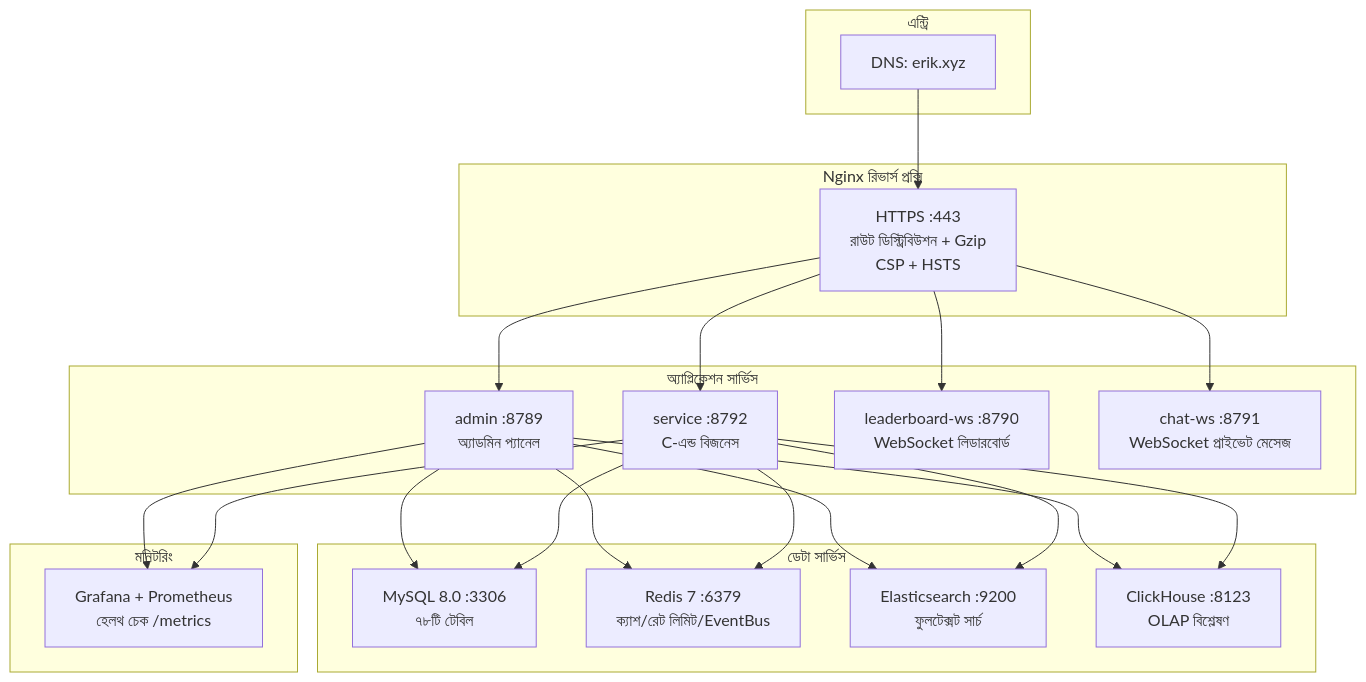
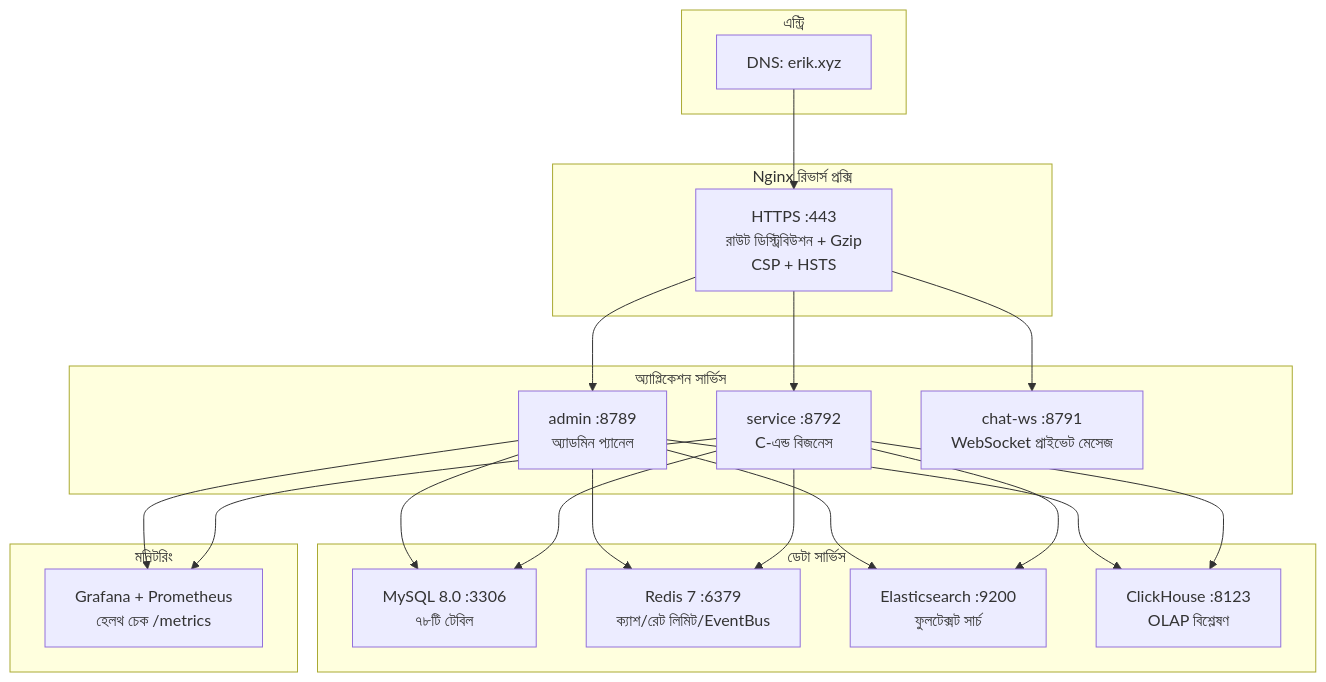
One commit to erikwang2013/game-platform-php changed the diagram in admin/docs/diagrams/12-deployment.bn.md. Above: the diagram before and after it, drawn with Mermaid. The commit also changed 710 other files, not shown here.

````diff
--- a/admin/docs/diagrams/12-deployment.bn.md
+++ b/admin/docs/diagrams/12-deployment.bn.md
@@ -7,33 +7,32 @@
 ```mermaid
 flowchart TB
     subgraph "এন্ট্রি"
         DNS["DNS: erik.xyz"]
     end
 
     subgraph "Nginx রিভার্স প্রক্সি"
         NGX["HTTPS :443<br/>রাউট ডিস্ট্রিবিউশন + Gzip<br/>CSP + HSTS"]
     end
 
     subgraph "অ্যাপ্লিকেশন সার্ভিস"
         ADM["admin :8789<br/>অ্যাডমিন প্যানেল"]
         SVC["service :8792<br/>C-এন্ড বিজনেস"]
-        LB["leaderboard-ws :8790<br/>WebSocket লিডারবোর্ড"]
         CHAT["chat-ws :8791<br/>WebSocket প্রাইভেট মেসেজ"]
     end
 
     subgraph "ডেটা সার্ভিস"
         MYSQL["MySQL 8.0 :3306<br/>৭৮টি টেবিল"]
         REDIS["Redis 7 :6379<br/>ক্যাশ/রেট লিমিট/EventBus"]
         ES["Elasticsearch :9200<br/>ফুলটেক্সট সার্চ"]
         CH["ClickHouse :8123<br/>OLAP বিশ্লেষণ"]
     end
 
     subgraph "মনিটরিং"
         MON["Grafana + Prometheus<br/>হেলথ চেক /metrics"]
     end
 
     DNS --> NGX
-    NGX --> ADM & SVC & LB & CHAT
+    NGX --> ADM & SVC & CHAT
     ADM & SVC --> MYSQL & REDIS & ES & CH
     ADM & SVC --> MON
 ```
````
